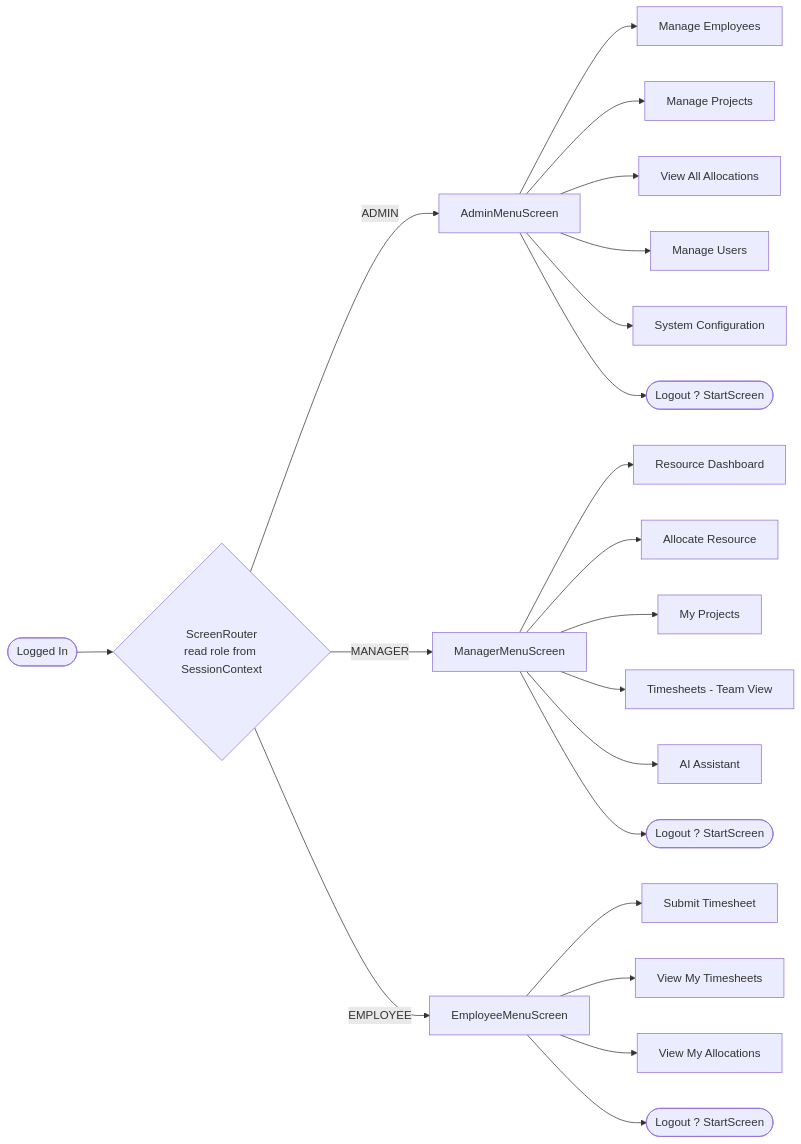
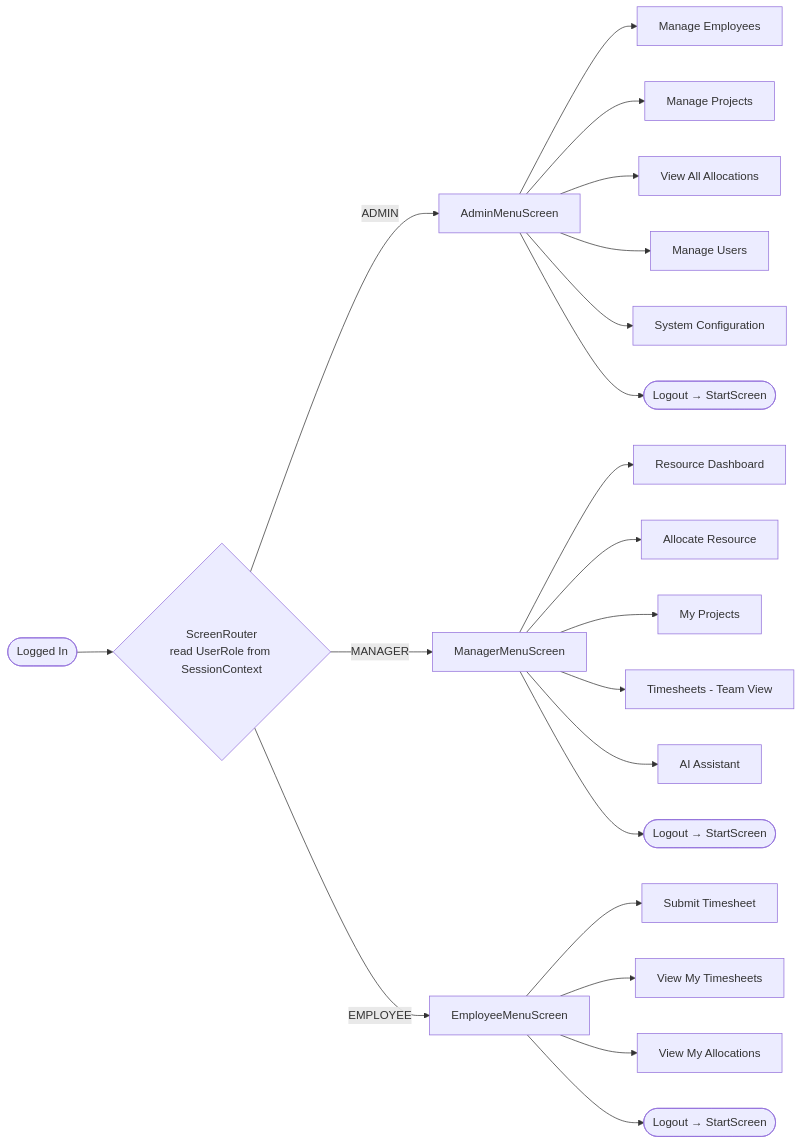
Before and after one commit to HariAdk/PRM: the second of 14 diagrams in docs/Solution/Flow_Diagram.md, drawn with Mermaid. The commit also changed other lines of this file and 21 other files, not shown here.

Commit message:
Updated diagrams

````diff
--- a/docs/Solution/Flow_Diagram.md
+++ b/docs/Solution/Flow_Diagram.md
@@ -85,27 +69,27 @@
 ```mermaid
 flowchart LR
-    Login([Logged In]) --> Router{ScreenRouter\nread role from SessionContext}
+    Login([Logged In]) --> Router{ScreenRouter\nread UserRole from SessionContext}
 
     Router -->|ADMIN| AM[AdminMenuScreen]
     Router -->|MANAGER| MM[ManagerMenuScreen]
     Router -->|EMPLOYEE| EM[EmployeeMenuScreen]
 
     AM --> AM1[Manage Employees]
     AM --> AM2[Manage Projects]
     AM --> AM3[View All Allocations]
     AM --> AM4[Manage Users]
     AM --> AM5[System Configuration]
-    AM --> AM6([Logout ? StartScreen])
+    AM --> AM6([Logout → StartScreen])
 
     MM --> MM1[Resource Dashboard]
     MM --> MM2[Allocate Resource]
     MM --> MM3[My Projects]
     MM --> MM4[Timesheets - Team View]
     MM --> MM5[AI Assistant]
-    MM --> MM6([Logout ? StartScreen])
+    MM --> MM6([Logout → StartScreen])
 
     EM --> EM1[Submit Timesheet]
     EM --> EM2[View My Timesheets]
     EM --> EM3[View My Allocations]
-    EM --> EM4([Logout ? StartScreen])
+    EM --> EM4([Logout → StartScreen])
 ```
````
